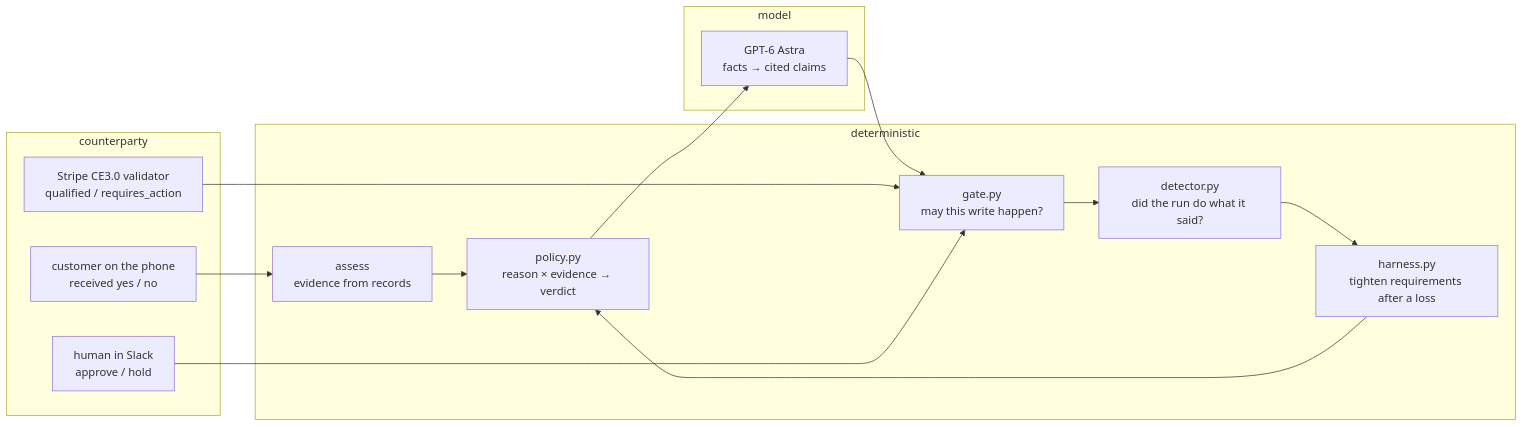
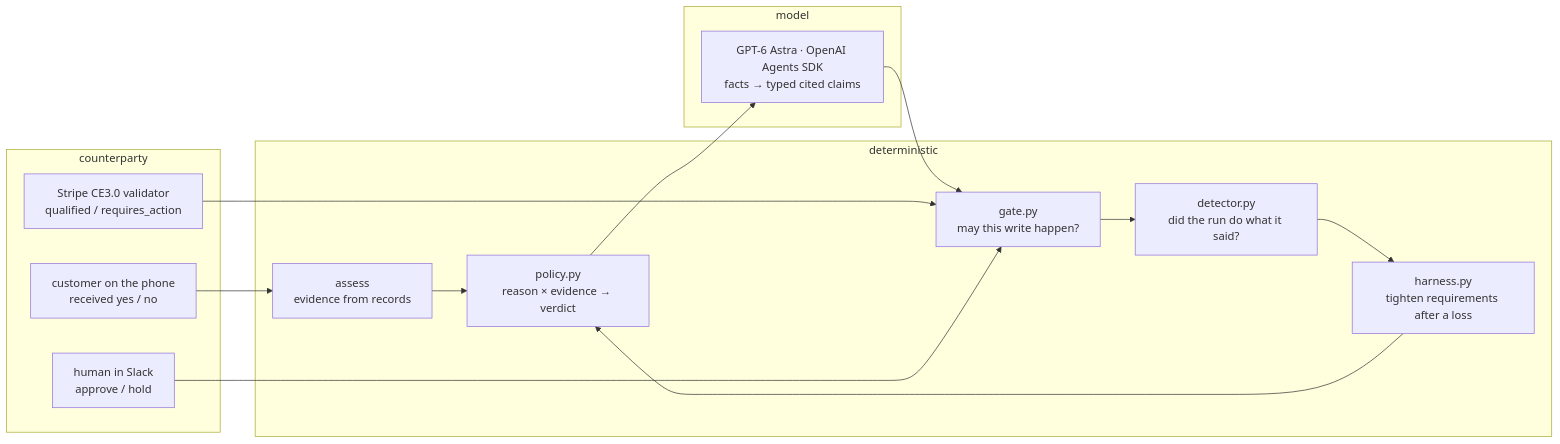
The third of 4 diagrams in ARCHITECTURE.md (N-45div/Rebuttal), drawn with Mermaid before and after one commit. The commit also changed other lines of this file and 3 other files, not shown here.

Commit message:
model: run the GPT-6 Astra writer as an OpenAI Agents SDK agent with typed Claims output

````diff
--- a/ARCHITECTURE.md
+++ b/ARCHITECTURE.md
@@ -73,23 +73,23 @@
 ```mermaid
 flowchart LR
     subgraph deterministic
         P[policy.py<br/>reason × evidence → verdict]
         AS[assess<br/>evidence from records]
         GT[gate.py<br/>may this write happen?]
         DT[detector.py<br/>did the run do what it said?]
         HS[harness.py<br/>tighten requirements after a loss]
     end
     subgraph model
-        M[GPT-6 Astra<br/>facts → cited claims]
+        M[GPT-6 Astra · OpenAI Agents SDK<br/>facts → typed cited claims]
     end
     subgraph counterparty
         CE[Stripe CE3.0 validator<br/>qualified / requires_action]
         CU[customer on the phone<br/>received yes / no]
         HU[human in Slack<br/>approve / hold]
     end
     AS --> P --> M --> GT
     CE --> GT
     CU --> AS
     HU --> GT
     GT --> DT --> HS --> P
 ```
````
